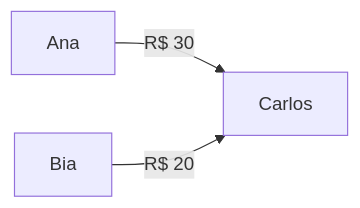
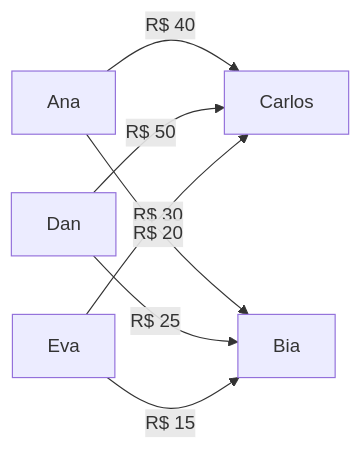
One commit to tprei/dividimos changed the third of 4 diagrams in README.md. Above: the diagram before and after it, drawn with Mermaid. The commit also changed other lines of this file and 1 other file, not shown here.

````diff
--- a/README.md
+++ b/README.md
@@ -165,5 +173,9 @@
 ```mermaid
 graph LR
-    A[Ana] -->|R$ 30| C[Carlos]
-    B[Bia] -->|R$ 20| C
+    A[Ana] -->|R$ 40| C[Carlos]
+    D[Dan] -->|R$ 50| C
+    E[Eva] -->|R$ 30| C
+    A -->|R$ 20| B[Bia]
+    D -->|R$ 25| B
+    E -->|R$ 15| B
 ```
````
